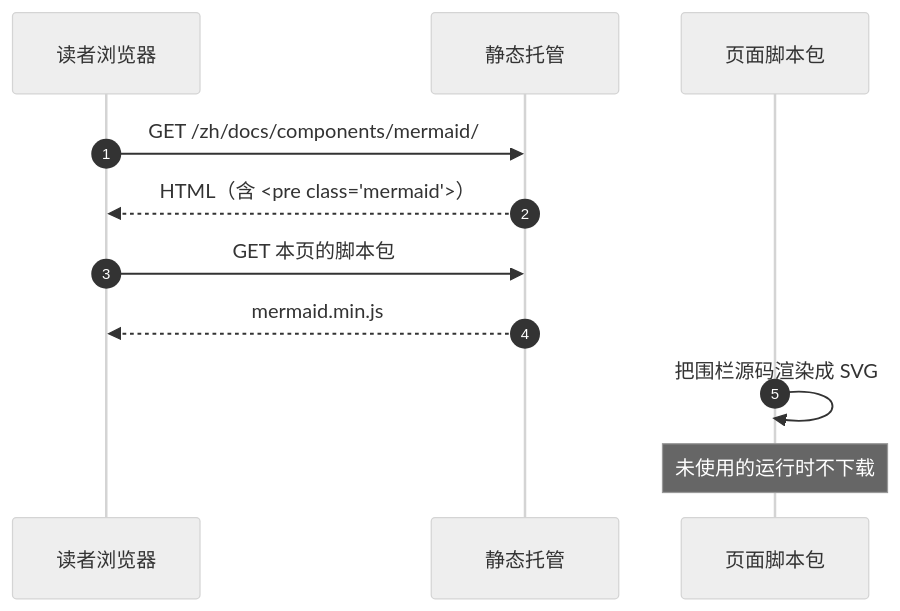
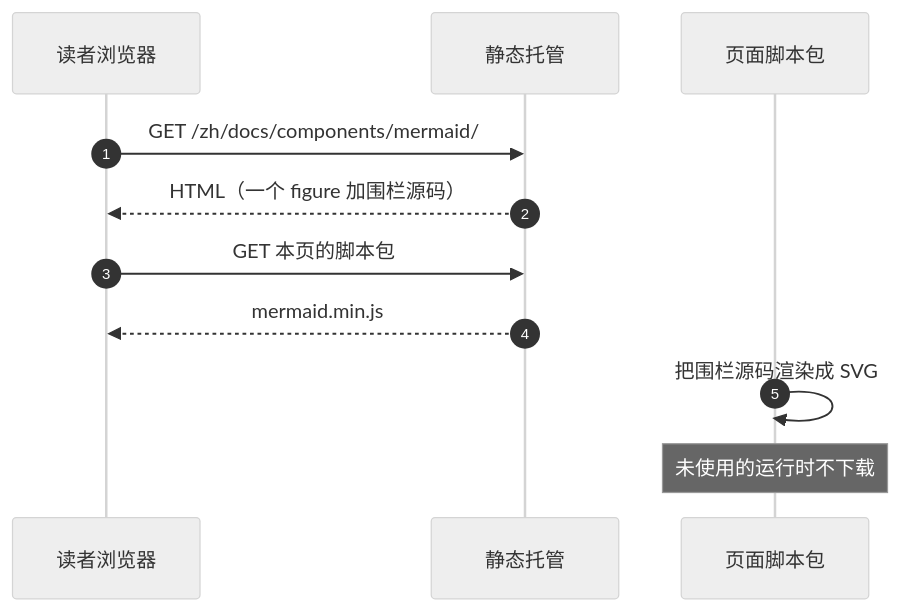
Before and after one commit to pgsty/oink.pgsty.com: the second of 9 diagrams in content/docs/components/mermaid.zh.md, drawn with Mermaid (neutral theme). The commit also changed other lines of this file and 21 other files, not shown here.

````diff
--- a/content/docs/components/mermaid.zh.md
+++ b/content/docs/components/mermaid.zh.md
@@ -55,13 +55,13 @@
 ```mermaid
 sequenceDiagram
   autonumber
   participant 读者 as 读者浏览器
   participant CDN as 静态托管
   participant JS as 页面脚本包
   读者->>CDN: GET /zh/docs/components/mermaid/
-  CDN-->>读者: HTML（含 <pre class="mermaid">）
+  CDN-->>读者: HTML（一个 figure 加围栏源码）
   读者->>CDN: GET 本页的脚本包
   CDN-->>读者: mermaid.min.js
   JS->>JS: 把围栏源码渲染成 SVG
   Note over JS: 未使用的运行时不下载
 ```
````
